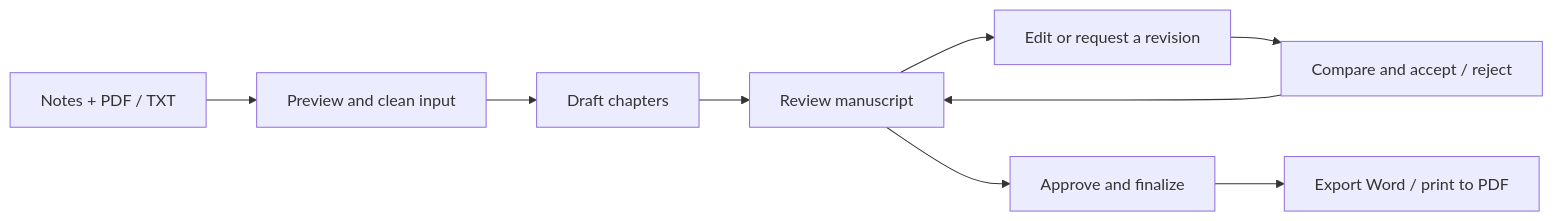
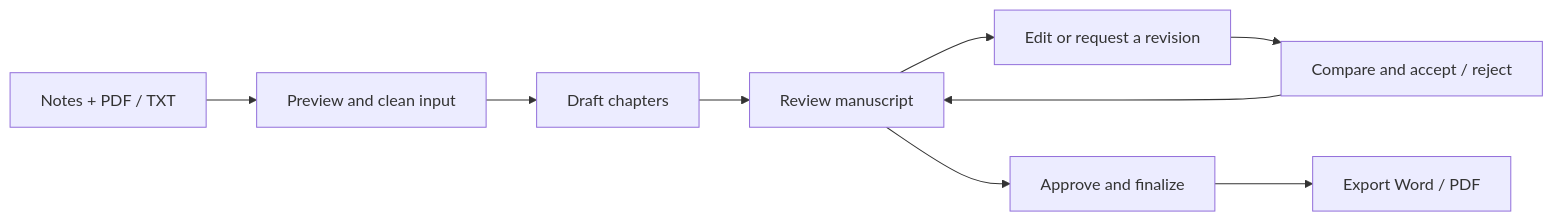
Before and after one commit to AYASSEU/Naskah: the first of 2 diagrams in README.md, drawn with Mermaid. The commit also changed other lines of this file and 52 other files, not shown here.

````diff
--- a/README.md
+++ b/README.md
@@ -36,11 +38,11 @@
 ```mermaid
 flowchart LR
     A[Notes + PDF / TXT] --> B[Preview and clean input]
     B --> C[Draft chapters]
     C --> D[Review manuscript]
     D --> E[Edit or request a revision]
     E --> F[Compare and accept / reject]
     F --> D
     D --> G[Approve and finalize]
-    G --> H[Export Word / print to PDF]
+    G --> H[Export Word / PDF]
 ```
````
